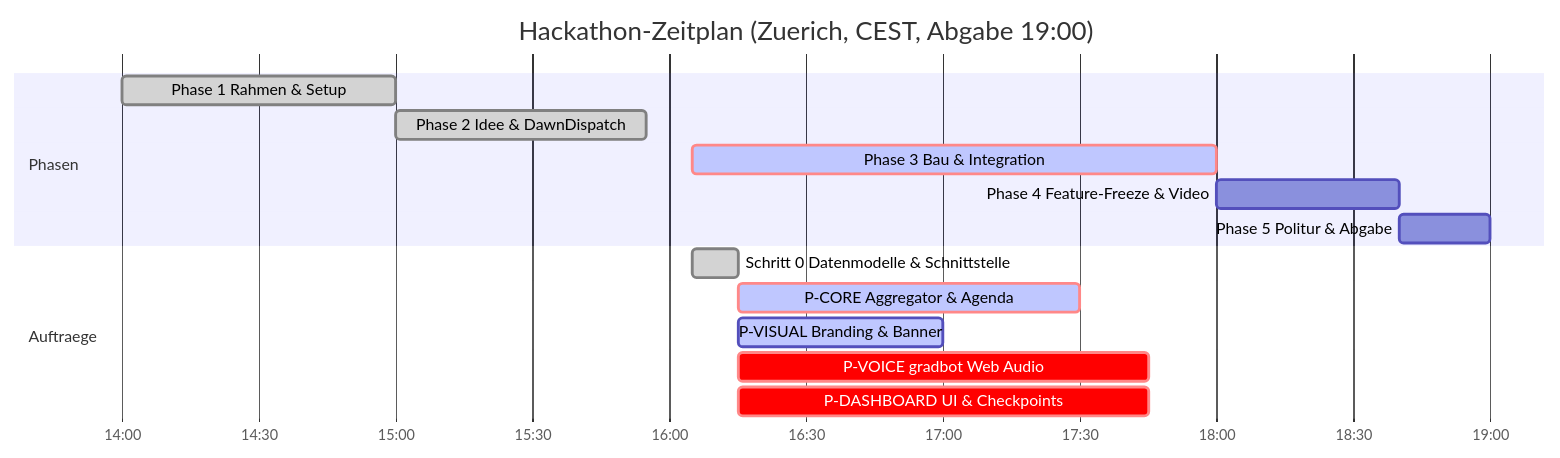
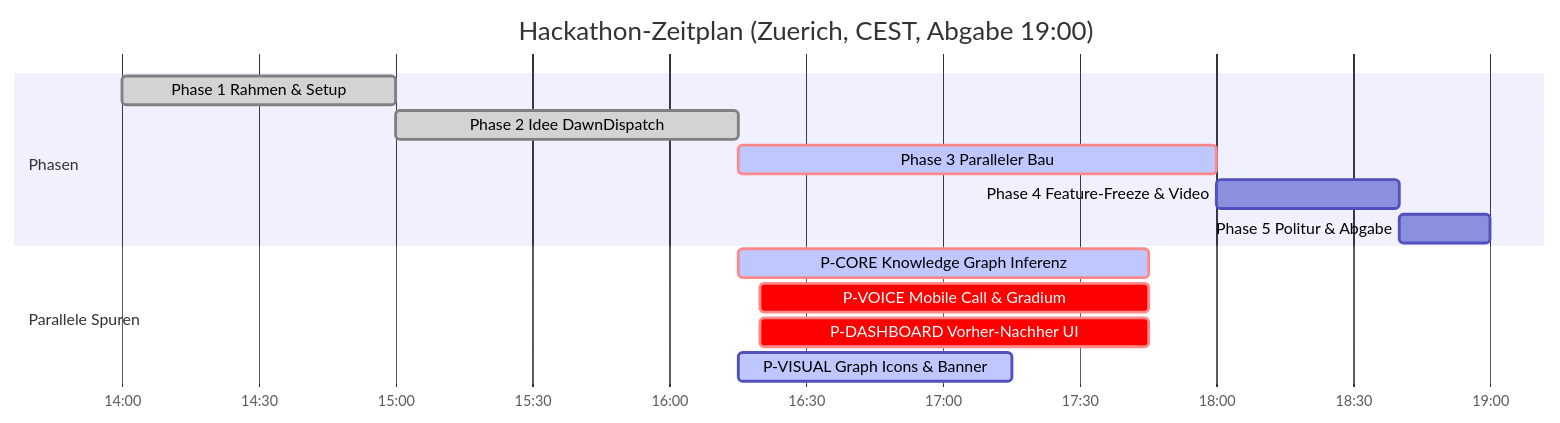
The diagram in STAND.md (Philipp2agent/agentic-hack-google), drawn with Mermaid before and after one commit. The commit also changed other lines of this file and 1 other file, not shown here.

Commit message:
feat(idee,stand): Philipps Vision eingepflegt - Incoming Call UI, Rapid-Fire Voice, Vorher-Nachher Knowledge Graph

````diff
--- a/STAND.md
+++ b/STAND.md
@@ -25,18 +20,17 @@
 ```mermaid
 gantt
   title Hackathon-Zeitplan (Zuerich, CEST, Abgabe 19:00)
   dateFormat HH:mm
   axisFormat %H:%M
   section Phasen
   Phase 1 Rahmen & Setup         :done, p1, 14:00, 15:00
-  Phase 2 Idee & DawnDispatch    :done, p2, 15:00, 15:55
-  Phase 3 Bau & Integration      :crit, active, p3, 16:05, 18:00
+  Phase 2 Idee DawnDispatch      :done, p2, 15:00, 16:15
+  Phase 3 Paralleler Bau         :crit, active, p3, 16:15, 18:00
   Phase 4 Feature-Freeze & Video :p4, 18:00, 18:40
   Phase 5 Politur & Abgabe       :p5, 18:40, 19:00
-  section Auftraege
-  Schritt 0 Datenmodelle & Schnittstelle :done, s0, 16:05, 16:15
-  P-CORE Aggregator & Agenda    :crit, active, p_core, 16:15, 17:30
-  P-VISUAL Branding & Banner    :active, p_vis, 16:15, 17:00
-  P-VOICE gradbot Web Audio     :crit, p_voi, 16:15, 17:45
-  P-DASHBOARD UI & Checkpoints  :crit, p_dash, 16:15, 17:45
+  section Parallele Spuren
+  P-CORE Knowledge Graph Inferenz   :crit, active, p_core, 16:15, 17:45
+  P-VOICE Mobile Call & Gradium     :crit, p_voi, 16:20, 17:45
+  P-DASHBOARD Vorher-Nachher UI     :crit, p_dash, 16:20, 17:45
+  P-VISUAL Graph Icons & Banner     :active, p_vis, 16:15, 17:15
 ```
````
